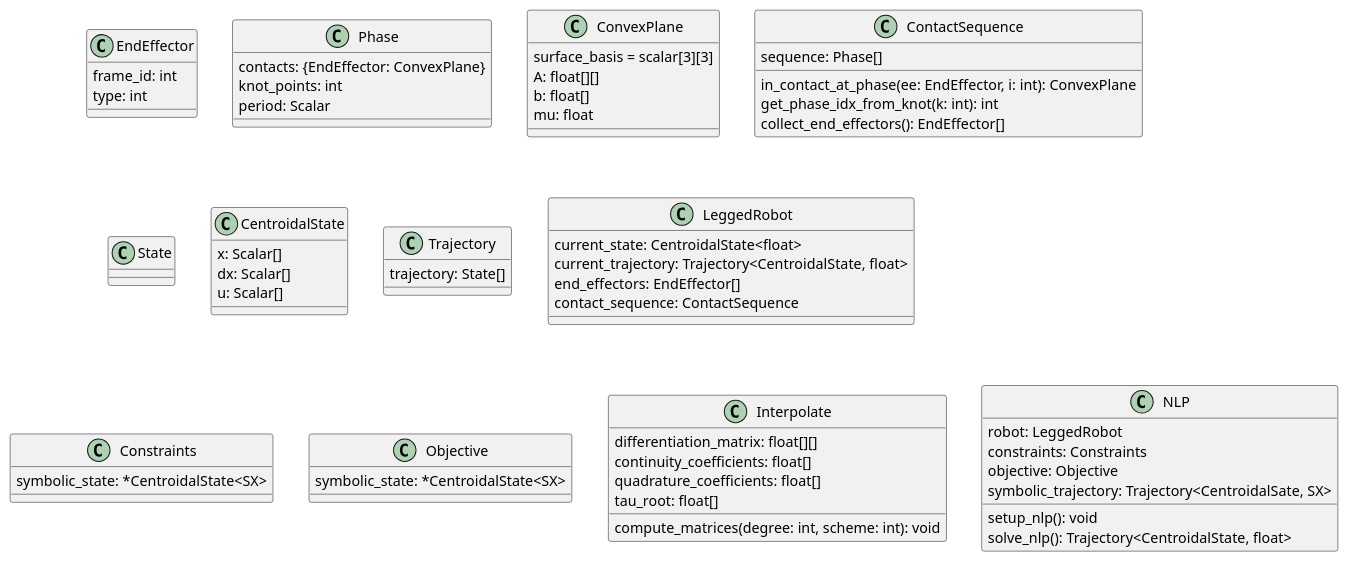
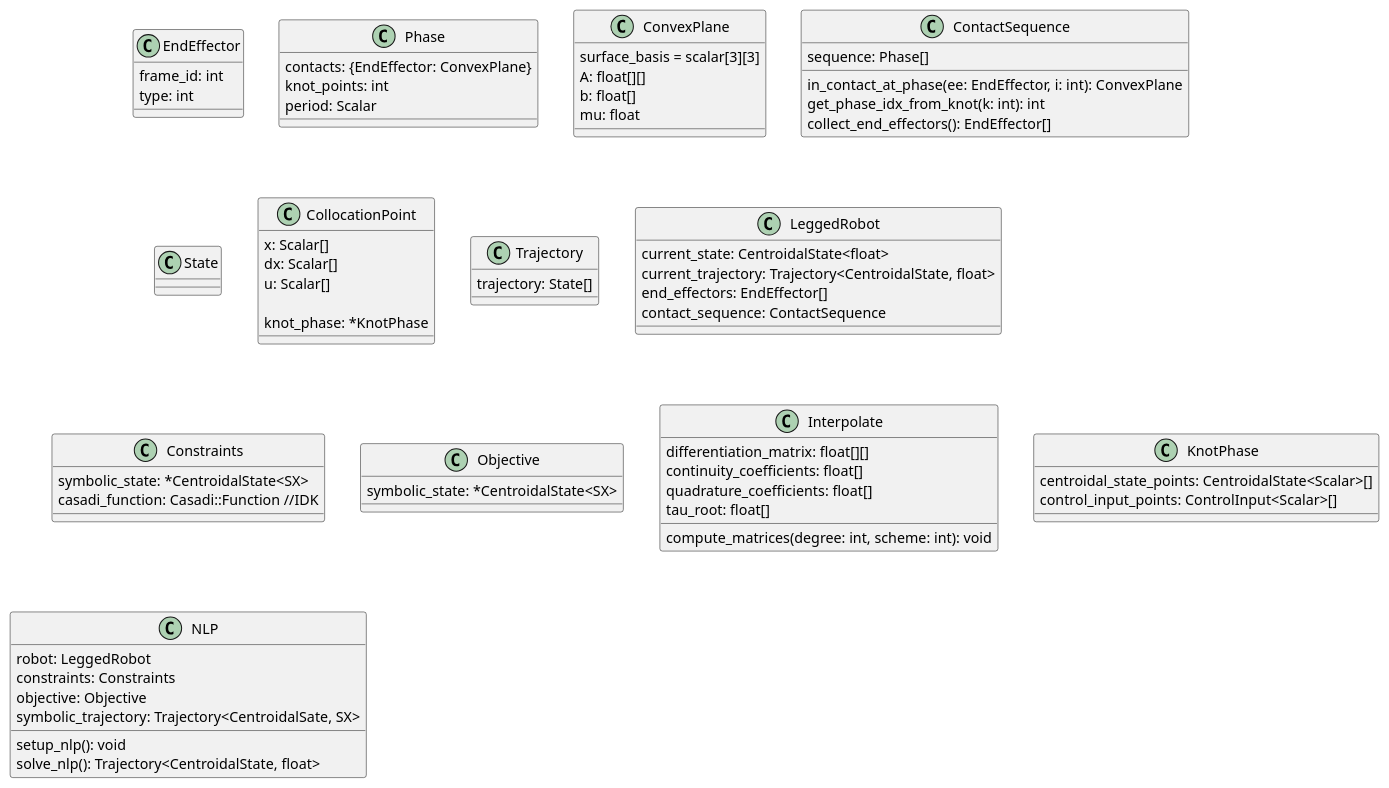
One commit to echandler5956f/huron_centroidal changed the diagram in docs/diagrams/src/architecture_overview.wsd. Above: the diagram before and after it, drawn with PlantUML. The commit also changed 3 other files, not shown here.

```diff
--- a/docs/diagrams/src/architecture_overview.wsd
+++ b/docs/diagrams/src/architecture_overview.wsd
@@ -1,75 +1,83 @@
 @startuml
 
 class EndEffector {
     frame_id: int
     type: int
 }
 
 class Phase {
     contacts: {EndEffector: ConvexPlane}
     knot_points: int
     period: Scalar
 }
 
 class ConvexPlane {
     surface_basis = scalar[3][3]
     A: float[][]
     b: float[]
     mu: float
 }
 
 class ContactSequence {
     sequence: Phase[]
     in_contact_at_phase(ee: EndEffector, i: int): ConvexPlane
     get_phase_idx_from_knot(k: int): int
     collect_end_effectors(): EndEffector[]
 }
 
 class State {
 }
 
-class CentroidalState {
+class CollocationPoint {
     x: Scalar[]
     dx: Scalar[]
     u: Scalar[]
+
+    knot_phase: *KnotPhase
 }
 
 class Trajectory {
     trajectory: State[]
 }
 
 class LeggedRobot {
     current_state: CentroidalState<float>
     current_trajectory: Trajectory<CentroidalState, float>
     end_effectors: EndEffector[]
     contact_sequence: ContactSequence
 }
 
 class Constraints {
     symbolic_state: *CentroidalState<SX>
+    casadi_function: Casadi::Function //IDK
 }
 
 class Objective {
     symbolic_state: *CentroidalState<SX>
 }
 
 class Interpolate {
     differentiation_matrix: float[][]
     continuity_coefficients: float[]
     quadrature_coefficients: float[]
     tau_root: float[]
     compute_matrices(degree: int, scheme: int): void
 }
 
+class KnotPhase {
+    centroidal_state_points: CentroidalState<Scalar>[]
+    control_input_points: ControlInput<Scalar>[]
+}
+
 class NLP {
     robot: LeggedRobot
     constraints: Constraints
     objective: Objective
     symbolic_trajectory: Trajectory<CentroidalSate, SX>
     setup_nlp(): void
     solve_nlp(): Trajectory<CentroidalState, float>
 }
 
 
 
 @enduml
```
